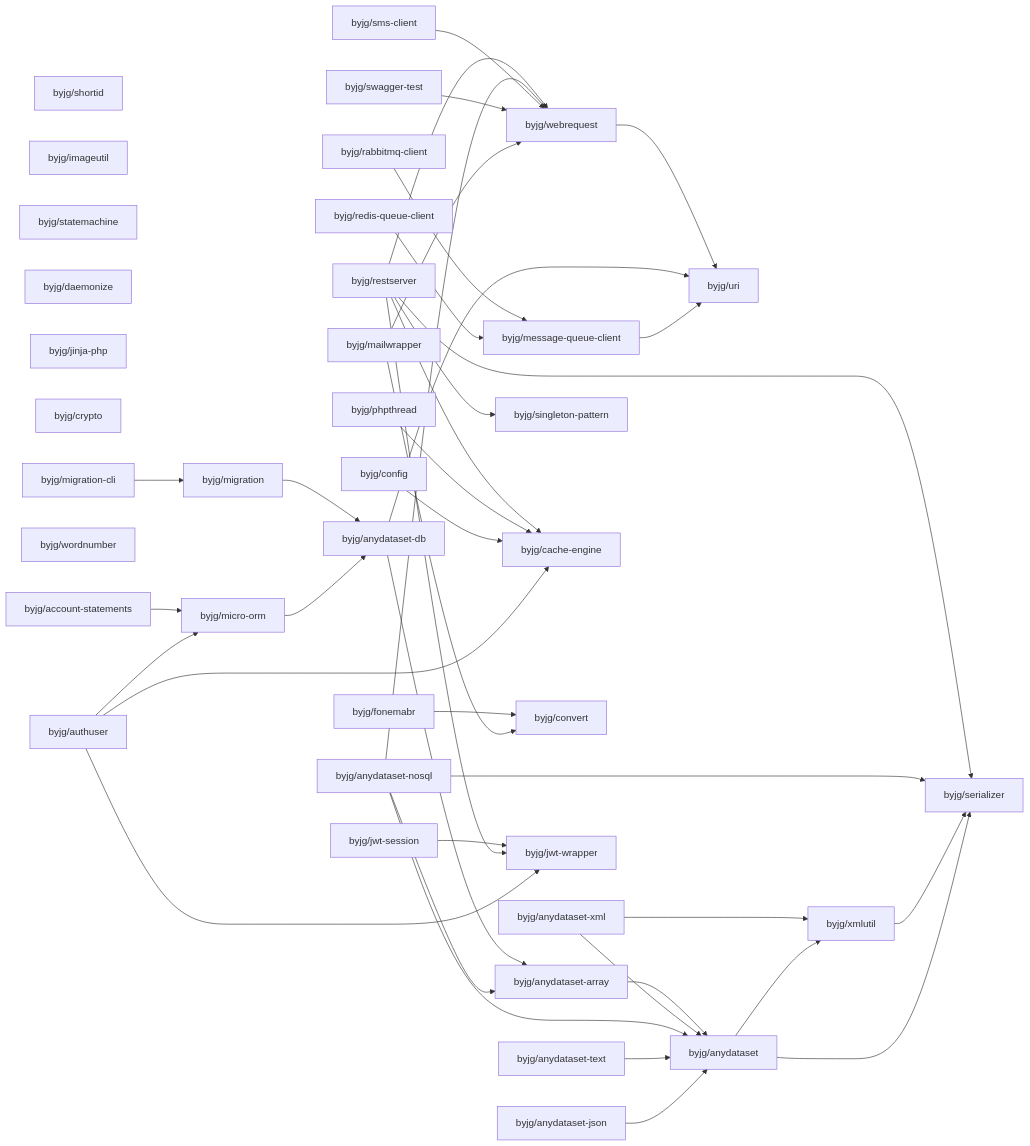
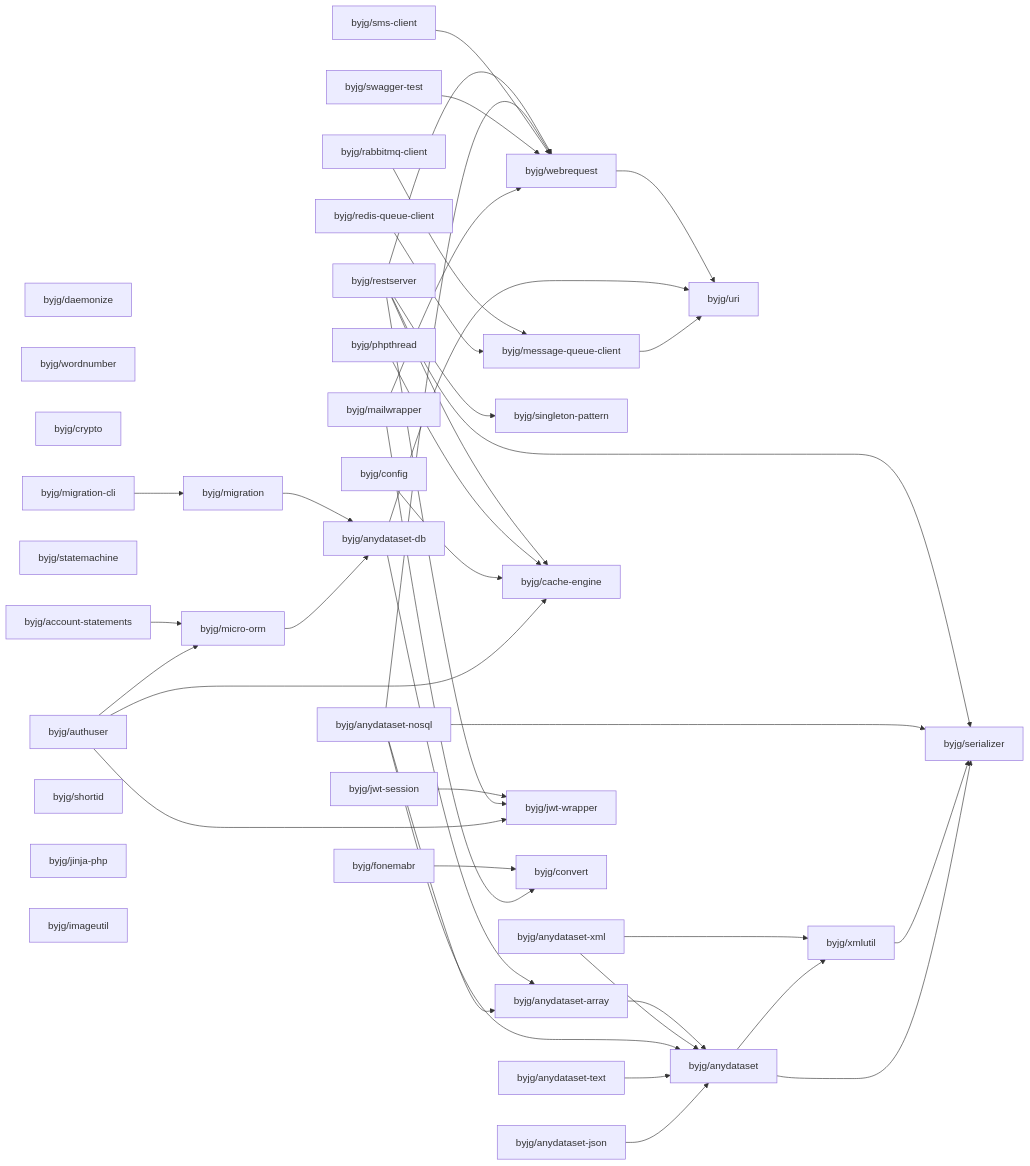
Before and after one commit to byjg/byjg.github.io: the diagram in docs/php/README.md, drawn with Mermaid. The commit also changed other lines of this file and 1 other file, not shown here.

Commit message:
Update documentation 'php' 'php-jwt-wrapper'

````diff
--- a/docs/php/README.md
+++ b/docs/php/README.md
@@ -3,79 +3,79 @@
 ```mermaid
 graph LR;
-  byjg/rabbitmq-client;
-  byjg/shortid;
   byjg/phpthread;
-  byjg/anydataset-json;
-  byjg/redis-queue-client;
-  byjg/fonemabr;
-  byjg/imageutil;
-  byjg/anydataset-text;
-  byjg/statemachine;
   byjg/daemonize;
-  byjg/jinja-php;
+  byjg/wordnumber;
   byjg/crypto;
   byjg/migration-cli;
+  byjg/redis-queue-client;
+  byjg/anydataset-text;
+  byjg/anydataset-json;
+  byjg/statemachine;
+  byjg/account-statements;
+  byjg/restserver;
+  byjg/anydataset-nosql;
+  byjg/sms-client;
+  byjg/authuser;
+  byjg/shortid;
+  byjg/jinja-php;
+  byjg/mailwrapper;
+  byjg/rabbitmq-client;
   byjg/anydataset-xml;
   byjg/config;
+  byjg/imageutil;
   byjg/swagger-test;
-  byjg/sms-client;
-  byjg/anydataset-nosql;
-  byjg/wordnumber;
-  byjg/restserver;
-  byjg/authuser;
-  byjg/mailwrapper;
   byjg/jwt-session;
-  byjg/account-statements;
-  byjg/message-queue-client;
+  byjg/fonemabr;
   byjg/migration;
   byjg/singleton-pattern;
+  byjg/micro-orm;
+  byjg/message-queue-client;
   byjg/cache-engine;
-  byjg/convert;
   byjg/webrequest;
   byjg/jwt-wrapper;
-  byjg/micro-orm;
+  byjg/convert;
   byjg/anydataset-db;
   byjg/anydataset-array;
   byjg/uri;
   byjg/anydataset;
   byjg/xmlutil;
   byjg/serializer;
   byjg/account-statements --> byjg/micro-orm;
   byjg/fonemabr --> byjg/convert;
   byjg/webrequest --> byjg/uri;
   byjg/anydataset-array --> byjg/anydataset;
   byjg/anydataset-xml --> byjg/anydataset;
   byjg/anydataset-xml --> byjg/xmlutil;
   byjg/rabbitmq-client --> byjg/message-queue-client;
   byjg/redis-queue-client --> byjg/message-queue-client;
   byjg/jwt-session --> byjg/jwt-wrapper;
   byjg/anydataset-db --> byjg/anydataset-array;
   byjg/anydataset-db --> byjg/uri;
   byjg/restserver --> byjg/serializer;
   byjg/restserver --> byjg/singleton-pattern;
   byjg/restserver --> byjg/cache-engine;
   byjg/restserver --> byjg/webrequest;
   byjg/restserver --> byjg/jwt-wrapper;
   byjg/migration --> byjg/anydataset-db;
   byjg/anydataset-nosql --> byjg/anydataset;
   byjg/anydataset-nosql --> byjg/anydataset-array;
   byjg/anydataset-nosql --> byjg/serializer;
   byjg/anydataset-nosql --> byjg/webrequest;
   byjg/phpthread --> byjg/cache-engine;
   byjg/sms-client --> byjg/webrequest;
   byjg/swagger-test --> byjg/webrequest;
   byjg/migration-cli --> byjg/migration;
   byjg/config --> byjg/cache-engine;
   byjg/anydataset-text --> byjg/anydataset;
   byjg/micro-orm --> byjg/anydataset-db;
   byjg/authuser --> byjg/micro-orm;
   byjg/authuser --> byjg/cache-engine;
   byjg/authuser --> byjg/jwt-wrapper;
   byjg/anydataset-json --> byjg/anydataset;
   byjg/mailwrapper --> byjg/convert;
   byjg/mailwrapper --> byjg/webrequest;
   byjg/xmlutil --> byjg/serializer;
   byjg/anydataset --> byjg/serializer;
   byjg/anydataset --> byjg/xmlutil;
   byjg/message-queue-client --> byjg/uri;
 ```
````
